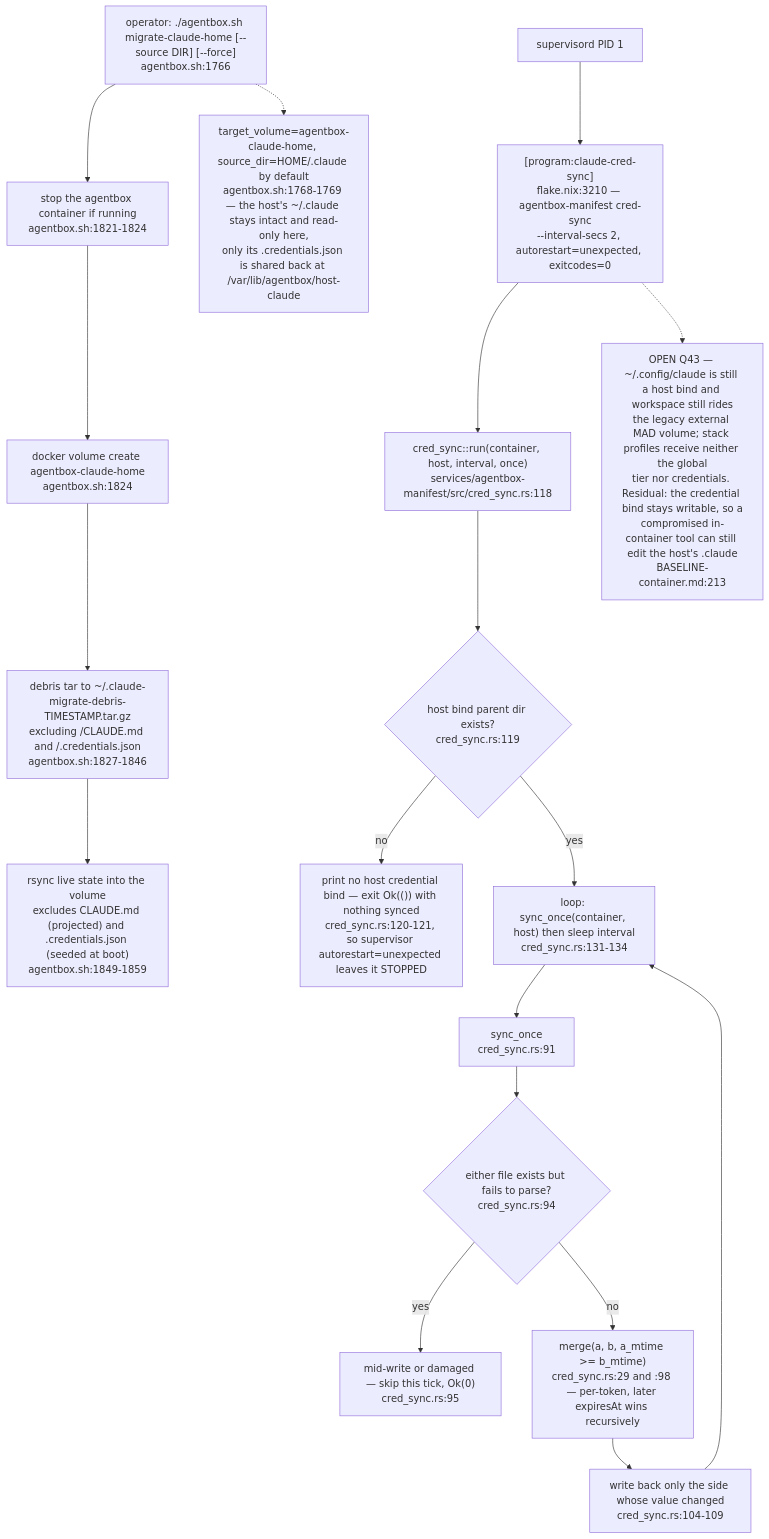
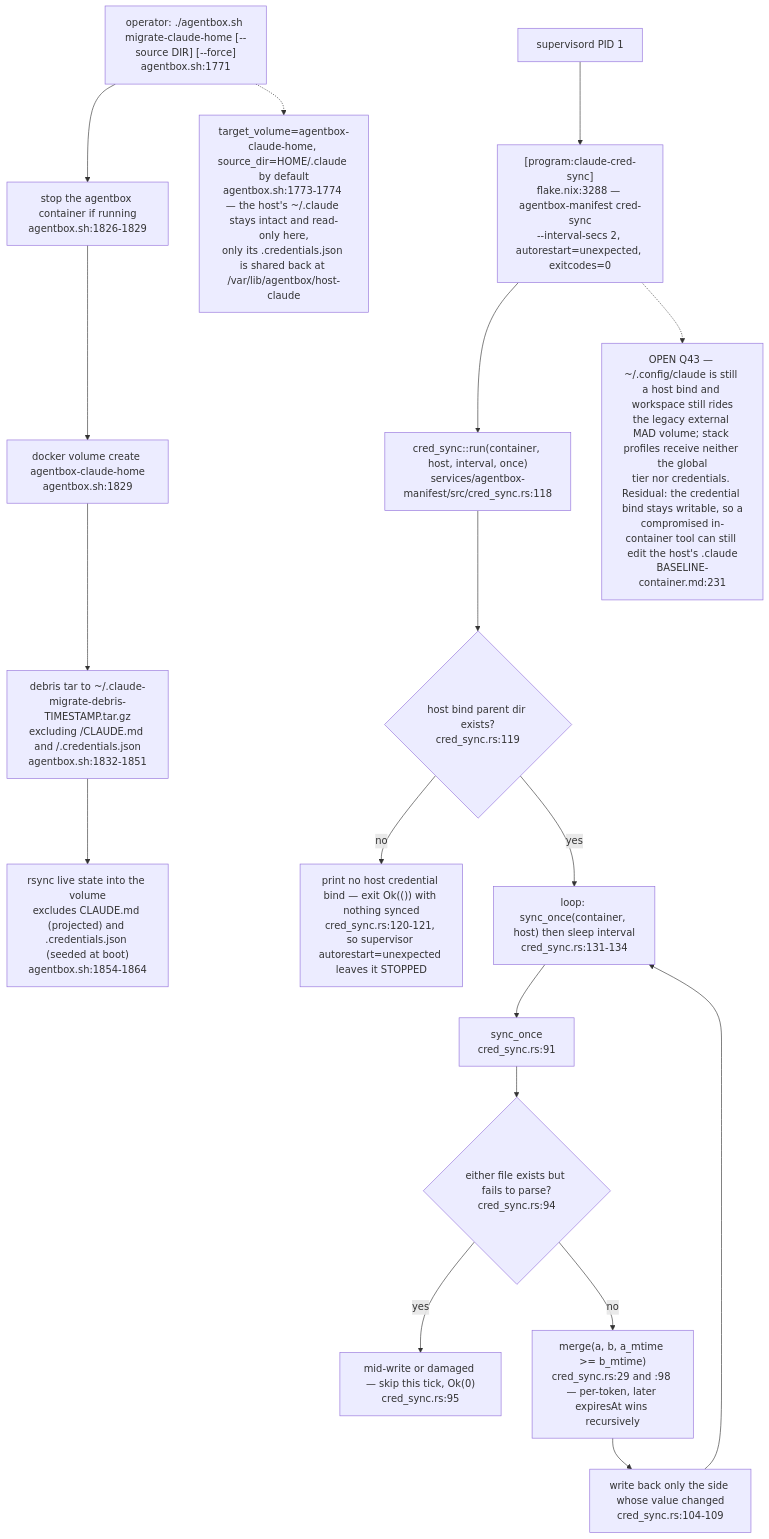
Before and after one commit to DreamLab-AI/VisionFlow: diagram 11 of 11 in docs/diagrams/agentbox/07-daemons-reapers-cron-backups.md, drawn with Mermaid. The commit also changed other lines of this file and 160 other files, not shown here.

````diff
--- a/docs/diagrams/agentbox/07-daemons-reapers-cron-backups.md
+++ b/docs/diagrams/agentbox/07-daemons-reapers-cron-backups.md
@@ -400,22 +401,22 @@
 ```mermaid
 flowchart TD
-    MIG["operator: ./agentbox.sh migrate-claude-home [--source DIR] [--force]<br/>agentbox.sh:1766"] --> STOP["stop the agentbox container if running<br/>agentbox.sh:1821-1824"]
-    STOP --> VOL["docker volume create agentbox-claude-home<br/>agentbox.sh:1824"]
-    VOL --> DEB["debris tar to ~/.claude-migrate-debris-TIMESTAMP.tar.gz<br/>excluding /CLAUDE.md and /.credentials.json<br/>agentbox.sh:1827-1846"]
-    DEB --> RSYNC["rsync live state into the volume<br/>excludes CLAUDE.md (projected) and .credentials.json (seeded at boot)<br/>agentbox.sh:1849-1859"]
+    MIG["operator: ./agentbox.sh migrate-claude-home [--source DIR] [--force]<br/>agentbox.sh:1771"] --> STOP["stop the agentbox container if running<br/>agentbox.sh:1826-1829"]
+    STOP --> VOL["docker volume create agentbox-claude-home<br/>agentbox.sh:1829"]
+    VOL --> DEB["debris tar to ~/.claude-migrate-debris-TIMESTAMP.tar.gz<br/>excluding /CLAUDE.md and /.credentials.json<br/>agentbox.sh:1832-1851"]
+    DEB --> RSYNC["rsync live state into the volume<br/>excludes CLAUDE.md (projected) and .credentials.json (seeded at boot)<br/>agentbox.sh:1854-1864"]
 
-    SUP["supervisord PID 1"] --> CS["[program:claude-cred-sync]<br/>flake.nix:3210 — agentbox-manifest cred-sync<br/>--interval-secs 2, autorestart=unexpected, exitcodes=0"]
+    SUP["supervisord PID 1"] --> CS["[program:claude-cred-sync]<br/>flake.nix:3288 — agentbox-manifest cred-sync<br/>--interval-secs 2, autorestart=unexpected, exitcodes=0"]
     CS --> RUN["cred_sync::run(container, host, interval, once)<br/>services/agentbox-manifest/src/cred_sync.rs:118"]
     RUN --> GATE{"host bind parent dir exists?<br/>cred_sync.rs:119"}
     GATE -->|no| EXIT0["print no host credential bind — exit Ok(()) with nothing synced<br/>cred_sync.rs:120-121, so supervisor autorestart=unexpected leaves it STOPPED"]
     GATE -->|yes| LOOP["loop: sync_once(container, host) then sleep interval<br/>cred_sync.rs:131-134"]
     LOOP --> SO["sync_once<br/>cred_sync.rs:91"]
     SO --> TORN{"either file exists but fails to parse?<br/>cred_sync.rs:94"}
     TORN -->|yes| WAIT["mid-write or damaged — skip this tick, Ok(0)<br/>cred_sync.rs:95"]
     TORN -->|no| MERGE["merge(a, b, a_mtime >= b_mtime)<br/>cred_sync.rs:29 and :98 — per-token, later expiresAt wins recursively"]
     MERGE --> WRITE["write back only the side whose value changed<br/>cred_sync.rs:104-109"]
     WRITE --> LOOP
 
-    MIG -.-> NOTE1["target_volume=agentbox-claude-home, source_dir=HOME/.claude by default<br/>agentbox.sh:1768-1769 — the host's ~/.claude stays intact and read-only here,<br/>only its .credentials.json is shared back at /var/lib/agentbox/host-claude"]
-    CS -.-> Q43["OPEN Q43 — ~/.config/claude is still a host bind and workspace still rides<br/>the legacy external MAD volume; stack profiles receive neither the global<br/>tier nor credentials. Residual: the credential bind stays writable, so a<br/>compromised in-container tool can still edit the host's .claude<br/>BASELINE-container.md:213"]
+    MIG -.-> NOTE1["target_volume=agentbox-claude-home, source_dir=HOME/.claude by default<br/>agentbox.sh:1773-1774 — the host's ~/.claude stays intact and read-only here,<br/>only its .credentials.json is shared back at /var/lib/agentbox/host-claude"]
+    CS -.-> Q43["OPEN Q43 — ~/.config/claude is still a host bind and workspace still rides<br/>the legacy external MAD volume; stack profiles receive neither the global<br/>tier nor credentials. Residual: the credential bind stays writable, so a<br/>compromised in-container tool can still edit the host's .claude<br/>BASELINE-container.md:231"]
 ```
````
